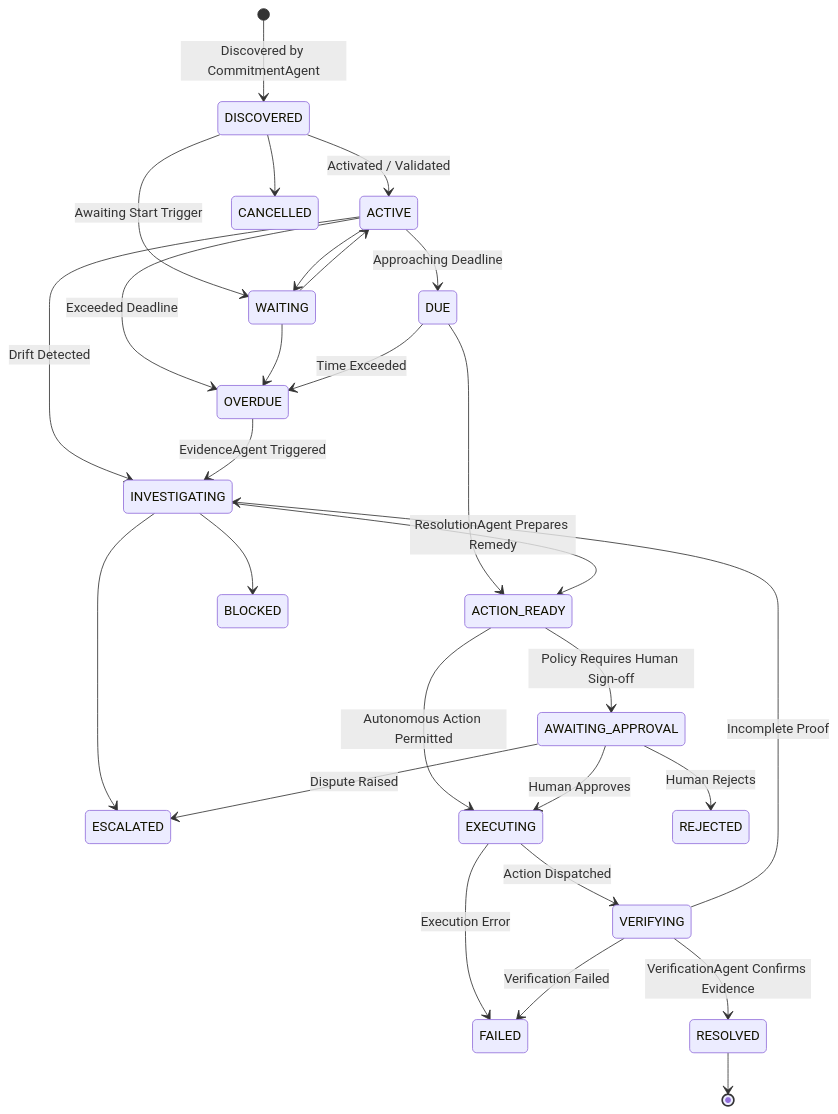
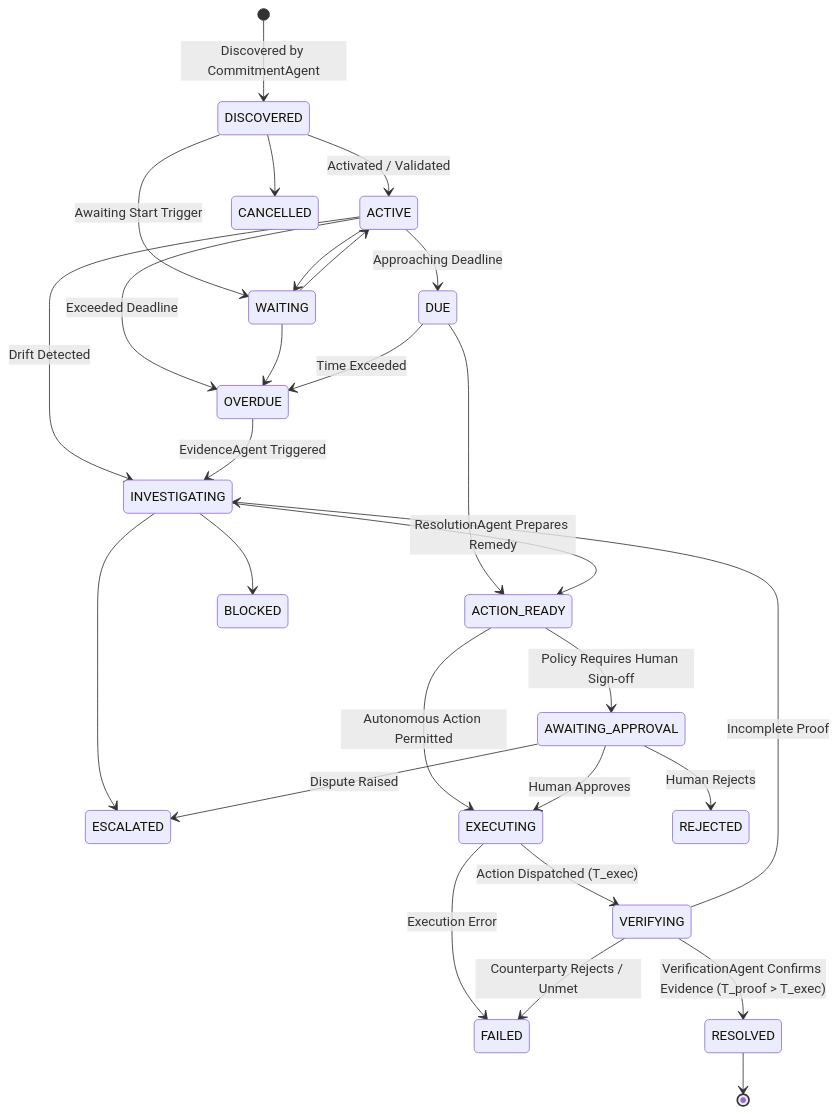
Before and after one commit to subodhkant7/covenant: the diagram in docs/ARCHITECTURE.md, drawn with Mermaid. The commit also changed other lines of this file and 7 other files, not shown here.

````diff
--- a/docs/ARCHITECTURE.md
+++ b/docs/ARCHITECTURE.md
@@ -62,39 +97,39 @@
 ```mermaid
 stateDiagram-v2
     [*] --> DISCOVERED: Discovered by CommitmentAgent
     DISCOVERED --> ACTIVE: Activated / Validated
     DISCOVERED --> WAITING: Awaiting Start Trigger
     DISCOVERED --> CANCELLED
     
     ACTIVE --> WAITING
     ACTIVE --> DUE: Approaching Deadline
     ACTIVE --> OVERDUE: Exceeded Deadline
     ACTIVE --> INVESTIGATING: Drift Detected
     
     WAITING --> ACTIVE
     WAITING --> OVERDUE
     
     DUE --> OVERDUE: Time Exceeded
     DUE --> ACTION_READY
     
     OVERDUE --> INVESTIGATING: EvidenceAgent Triggered
     INVESTIGATING --> ACTION_READY: ResolutionAgent Prepares Remedy
     INVESTIGATING --> BLOCKED
     INVESTIGATING --> ESCALATED
     
     ACTION_READY --> AWAITING_APPROVAL: Policy Requires Human Sign-off
     ACTION_READY --> EXECUTING: Autonomous Action Permitted
     
     AWAITING_APPROVAL --> EXECUTING: Human Approves
     AWAITING_APPROVAL --> REJECTED: Human Rejects
     AWAITING_APPROVAL --> ESCALATED: Dispute Raised
     
-    EXECUTING --> VERIFYING: Action Dispatched
+    EXECUTING --> VERIFYING: Action Dispatched (T_exec)
     EXECUTING --> FAILED: Execution Error
     
-    VERIFYING --> RESOLVED: VerificationAgent Confirms Evidence
+    VERIFYING --> RESOLVED: VerificationAgent Confirms Evidence (T_proof > T_exec)
     VERIFYING --> INVESTIGATING: Incomplete Proof
-    VERIFYING --> FAILED: Verification Failed
+    VERIFYING --> FAILED: Counterparty Rejects / Unmet
     
     RESOLVED --> [*]
 ```
````
